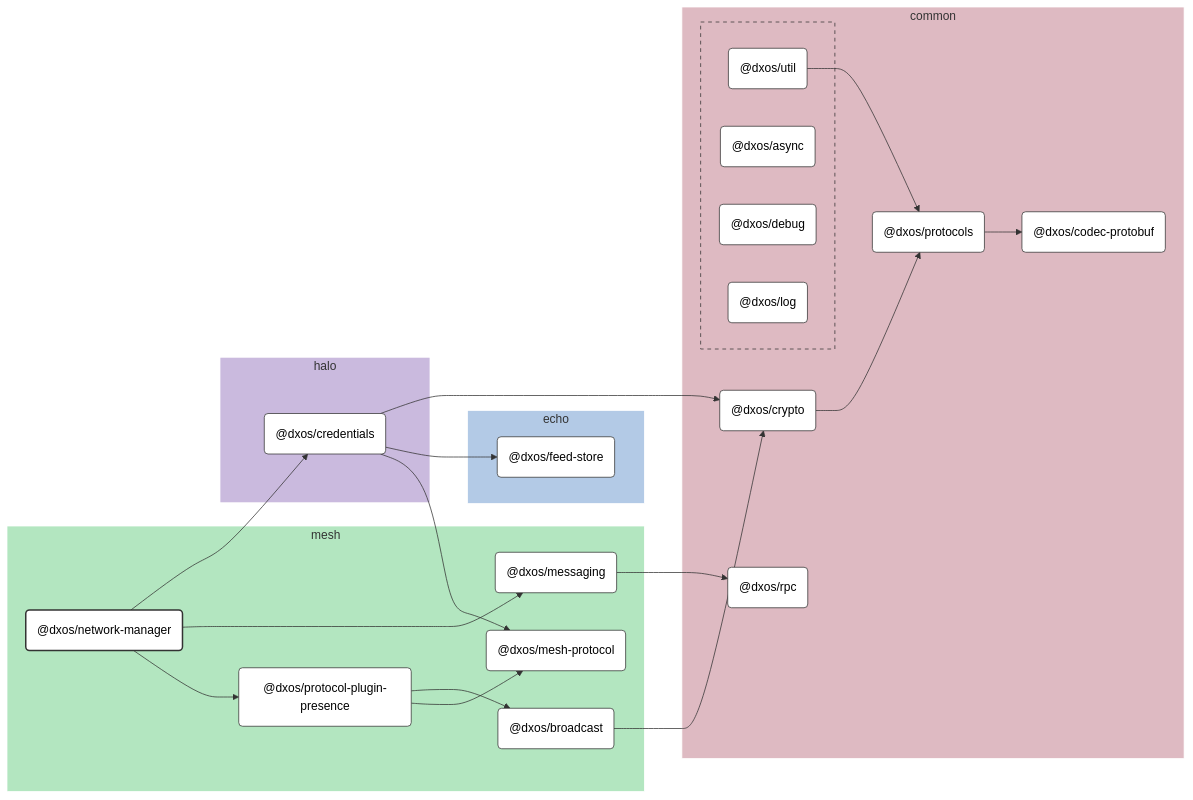
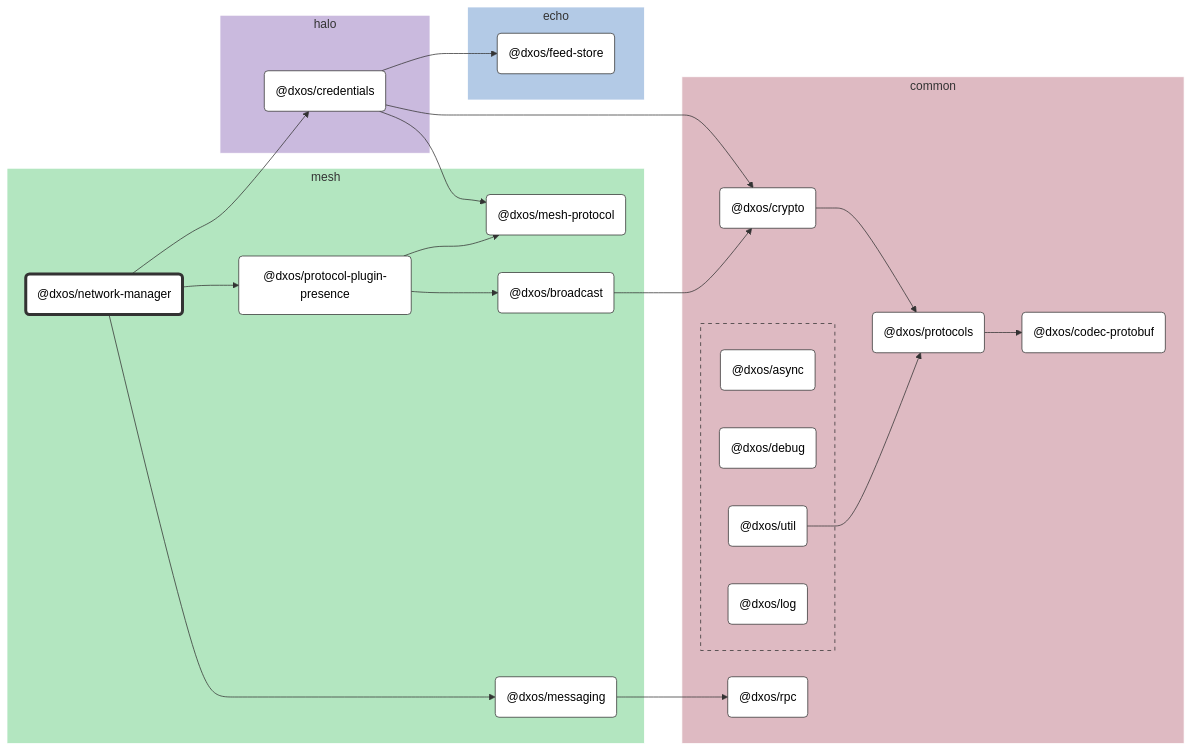
One commit to dxos/dxos changed the diagram in packages/mesh/network-manager/docs/README.md. Above: the diagram before and after it, drawn with Mermaid (neutral theme). The commit also changed 104 other files, not shown here.

````diff
--- a/packages/mesh/network-manager/docs/README.md
+++ b/packages/mesh/network-manager/docs/README.md
@@ -9,98 +9,75 @@
 
 flowchart LR
 
-%% Links
-dxos/broadcast --> dxos/crypto;
-dxos/credentials --> dxos/crypto;
-dxos/credentials --> dxos/feed-store;
-dxos/credentials --> dxos/mesh-protocol;
-dxos/crypto --> dxos/protocols;
-dxos/messaging --> dxos/rpc;
-dxos/network-manager --> dxos/credentials;
-dxos/network-manager --> dxos/messaging;
-dxos/network-manager --> dxos/protocol-plugin-presence;
-dxos/protocol-plugin-presence --> dxos/broadcast;
-dxos/protocol-plugin-presence --> dxos/mesh-protocol;
-dxos/protocols --> dxos/codec-protobuf;
-dxos/util --> dxos/protocols;
+%% Classes
+classDef def fill:#fff,stroke:#333,stroke-width:1px
+classDef root fill:#fff,stroke:#333,stroke-width:4px
 
-%% Sections
-subgraph mesh
-  style mesh fill:#b3e6c0,stroke:#fff;
+%% Nodes
 
-  dxos/broadcast("@dxos/broadcast")
-  dxos/mesh-protocol("@dxos/mesh-protocol")
-  dxos/messaging("@dxos/messaging")
-  dxos/network-manager("@dxos/network-manager")
-  dxos/protocol-plugin-presence("@dxos/protocol-plugin-presence")
+subgraph mesh [mesh]
+  style mesh fill:#b3e6c0,stroke:#fff
+  dxos/network-manager("@dxos/network-manager"):::root
+  click dxos/network-manager "dxos/dxos/tree/main/packages/mesh/network-manager/docs"
+  dxos/mesh-protocol("@dxos/mesh-protocol"):::def
+  click dxos/mesh-protocol "dxos/dxos/tree/main/packages/mesh/mesh-protocol/docs"
+  dxos/messaging("@dxos/messaging"):::def
+  click dxos/messaging "dxos/dxos/tree/main/packages/mesh/messaging/docs"
+  dxos/protocol-plugin-presence("@dxos/protocol-plugin-presence"):::def
+  click dxos/protocol-plugin-presence "dxos/dxos/tree/main/packages/mesh/protocol-plugin-presence/docs"
+  dxos/broadcast("@dxos/broadcast"):::def
+  click dxos/broadcast "dxos/dxos/tree/main/packages/mesh/broadcast/docs"
 end
 
-subgraph common
-  style common fill:#debac2,stroke:#fff;
-
-  dxos/codec-protobuf("@dxos/codec-protobuf")
-  dxos/crypto("@dxos/crypto")
-  dxos/protocols("@dxos/protocols")
-  dxos/rpc("@dxos/rpc")
+subgraph common [common]
+  style common fill:#debac2,stroke:#fff
+  dxos/codec-protobuf("@dxos/codec-protobuf"):::def
+  click dxos/codec-protobuf "dxos/dxos/tree/main/packages/common/codec-protobuf/docs"
+  dxos/crypto("@dxos/crypto"):::def
+  click dxos/crypto "dxos/dxos/tree/main/packages/common/crypto/docs"
+  dxos/protocols("@dxos/protocols"):::def
+  click dxos/protocols "dxos/dxos/tree/main/packages/common/protocols/docs"
+  dxos/rpc("@dxos/rpc"):::def
+  click dxos/rpc "dxos/dxos/tree/main/packages/common/rpc/docs"
 
   subgraph common-excluded [ ]
-    style common-excluded fill:#debac2,stroke:#333,stroke-dasharray:5 5;
-
-    dxos/async("@dxos/async")
-    dxos/debug("@dxos/debug")
-    dxos/log("@dxos/log")
-    dxos/util("@dxos/util")
+    style common-excluded fill:#debac2,stroke:#333,stroke-dasharray:5 5
+    dxos/async("@dxos/async"):::def
+    click dxos/async "dxos/dxos/tree/main/packages/common/async/docs"
+    dxos/debug("@dxos/debug"):::def
+    click dxos/debug "dxos/dxos/tree/main/packages/common/debug/docs"
+    dxos/util("@dxos/util"):::def
+    click dxos/util "dxos/dxos/tree/main/packages/common/util/docs"
+    dxos/log("@dxos/log"):::def
+    click dxos/log "dxos/dxos/tree/main/packages/common/log/docs"
   end
 end
 
-subgraph halo
-  style halo fill:#cabade,stroke:#fff;
-
-  dxos/credentials("@dxos/credentials")
+subgraph halo [halo]
+  style halo fill:#cabade,stroke:#fff
+  dxos/credentials("@dxos/credentials"):::def
+  click dxos/credentials "dxos/dxos/tree/main/packages/halo/credentials/docs"
 end
 
-subgraph echo
-  style echo fill:#b3cae6,stroke:#fff;
-
-  dxos/feed-store("@dxos/feed-store")
+subgraph echo [echo]
+  style echo fill:#b3cae6,stroke:#fff
+  dxos/feed-store("@dxos/feed-store"):::def
+  click dxos/feed-store "dxos/dxos/tree/main/packages/echo/feed-store/docs"
 end
 
-
-%% Hyperlinks
-click dxos/async "dxos/dxos/tree/main/packages/common/async/docs";
-click dxos/broadcast "dxos/dxos/tree/main/packages/mesh/broadcast/docs";
-click dxos/codec-protobuf "dxos/dxos/tree/main/packages/common/codec-protobuf/docs";
-click dxos/credentials "dxos/dxos/tree/main/packages/halo/credentials/docs";
-click dxos/crypto "dxos/dxos/tree/main/packages/common/crypto/docs";
-click dxos/debug "dxos/dxos/tree/main/packages/common/debug/docs";
-click dxos/feed-store "dxos/dxos/tree/main/packages/echo/feed-store/docs";
-click dxos/log "dxos/dxos/tree/main/packages/common/log/docs";
-click dxos/mesh-protocol "dxos/dxos/tree/main/packages/mesh/mesh-protocol/docs";
-click dxos/messaging "dxos/dxos/tree/main/packages/mesh/messaging/docs";
-click dxos/protocol-plugin-presence "dxos/dxos/tree/main/packages/mesh/protocol-plugin-presence/docs";
-click dxos/protocols "dxos/dxos/tree/main/packages/common/protocols/docs";
-click dxos/rpc "dxos/dxos/tree/main/packages/common/rpc/docs";
-click dxos/util "dxos/dxos/tree/main/packages/common/util/docs";
-
-%% Styles
-classDef rootNode fill:#fff,stroke:#333,stroke-width:2px
-classDef defaultNode fill:#fff,stroke:#333,stroke-width:1px
+%% Links
 linkStyle default stroke:#333,stroke-width:1px
-
-dxos/network-manager:::rootNode
-
-dxos/async:::defaultNode
-dxos/broadcast:::defaultNode
-dxos/codec-protobuf:::defaultNode
-dxos/credentials:::defaultNode
-dxos/crypto:::defaultNode
-dxos/debug:::defaultNode
-dxos/feed-store:::defaultNode
-dxos/log:::defaultNode
-dxos/mesh-protocol:::defaultNode
-dxos/messaging:::defaultNode
-dxos/protocol-plugin-presence:::defaultNode
-dxos/protocols:::defaultNode
-dxos/rpc:::defaultNode
-dxos/util:::defaultNode
+dxos/network-manager --> dxos/credentials
+dxos/credentials --> dxos/crypto
+dxos/crypto --> dxos/protocols
+dxos/protocols --> dxos/codec-protobuf
+dxos/credentials --> dxos/feed-store
+dxos/util --> dxos/protocols
+dxos/credentials --> dxos/mesh-protocol
+dxos/network-manager --> dxos/messaging
+dxos/messaging --> dxos/rpc
+dxos/network-manager --> dxos/protocol-plugin-presence
+dxos/protocol-plugin-presence --> dxos/broadcast
+dxos/broadcast --> dxos/crypto
+dxos/protocol-plugin-presence --> dxos/mesh-protocol
 ```
````
